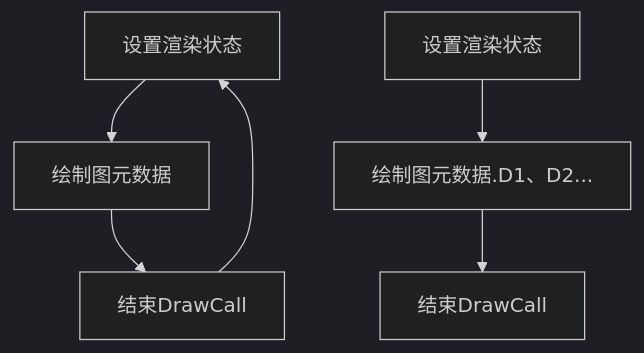
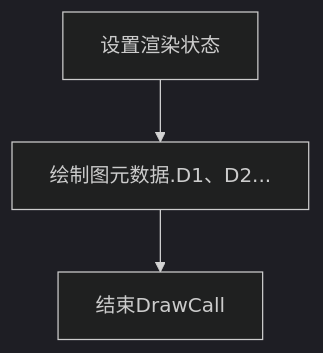
One commit to engineyk/engineyk.github.io changed the second of 2 diagrams in _posts/2025-10-2-RenderPipeline.md. Above: the diagram before and after it, drawn with Mermaid (dark theme). The commit also changed other lines of this file and 1 other file, not shown here.

````diff
--- a/_posts/2025-10-2-RenderPipeline.md
+++ b/_posts/2025-10-2-RenderPipeline.md
@@ -103,12 +235,7 @@
 ```mermaid
 flowchart TD
-    A1[设置渲染状态]
-    B1[绘制图元数据]
-    C1[结束DrawCall]
-    A1-->B1-->C1-->A1
-    
-    A2[设置渲染状态]
-    B2[绘制图元数据.D1、D2...]
-    C2[结束DrawCall]
-    A2-->B2-->C2
+A2[设置渲染状态]
+B2[绘制图元数据.D1、D2...]
+C2[结束DrawCall]
+A2-->B2-->C2
 ```
````
